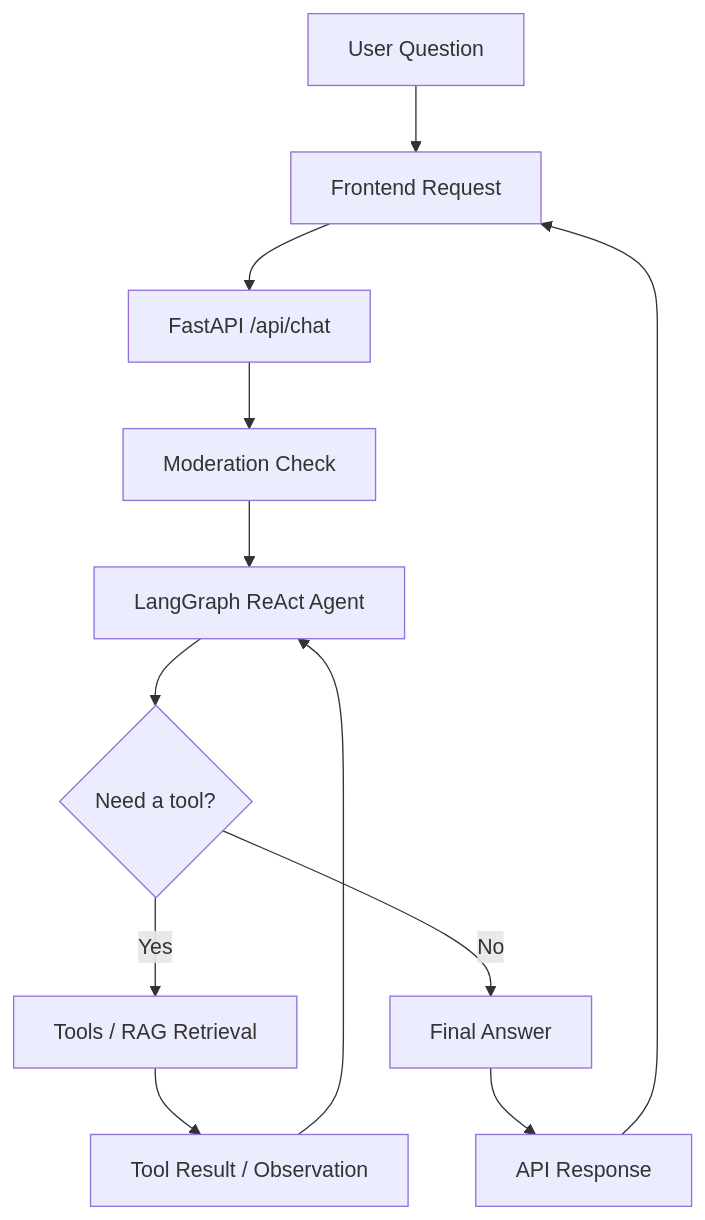
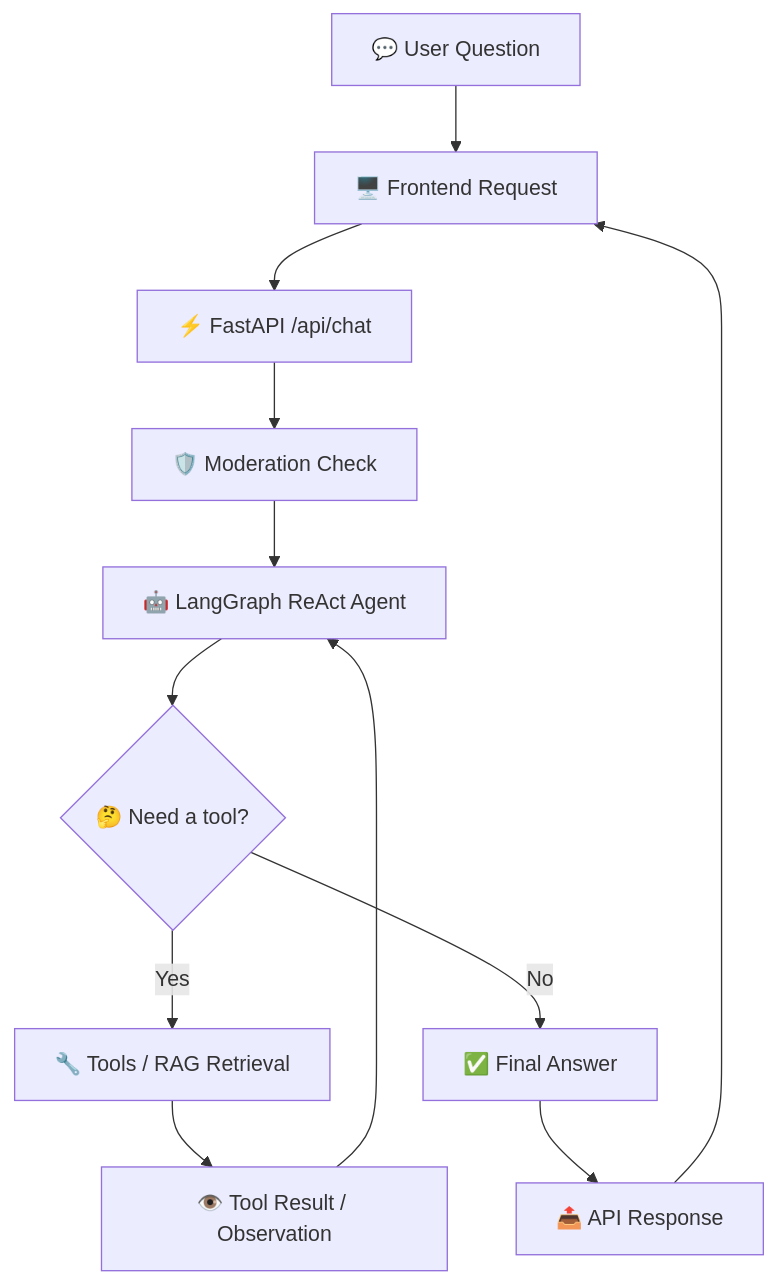
One commit to HMashaly/nutribot-ai changed the second of 2 diagrams in README.md. Above: the diagram before and after it, drawn with Mermaid. The commit also changed other lines of this file, not shown here.

````diff
--- a/README.md
+++ b/README.md
@@ -82,14 +111,14 @@
 ```mermaid
 flowchart TD
-    user["User Question"] --> frontend["Frontend Request"]
-    frontend --> chat["FastAPI /api/chat"]
-    chat --> moderation["Moderation Check"]
-    moderation --> agent["LangGraph ReAct Agent"]
-    agent --> decide{"Need a tool?"}
-    decide -->|Yes| tools["Tools / RAG Retrieval"]
-    tools --> observation["Tool Result / Observation"]
+    user["💬 User Question"] --> frontend["🖥️ Frontend Request"]
+    frontend --> chat["⚡ FastAPI /api/chat"]
+    chat --> moderation["🛡️ Moderation Check"]
+    moderation --> agent["🤖 LangGraph ReAct Agent"]
+    agent --> decide{"🤔 Need a tool?"}
+    decide -->|Yes| tools["🔧 Tools / RAG Retrieval"]
+    tools --> observation["👁️ Tool Result / Observation"]
     observation --> agent
-    decide -->|No| answer["Final Answer"]
-    answer --> response["API Response"]
+    decide -->|No| answer["✅ Final Answer"]
+    answer --> response["📤 API Response"]
     response --> frontend
 ```
````
